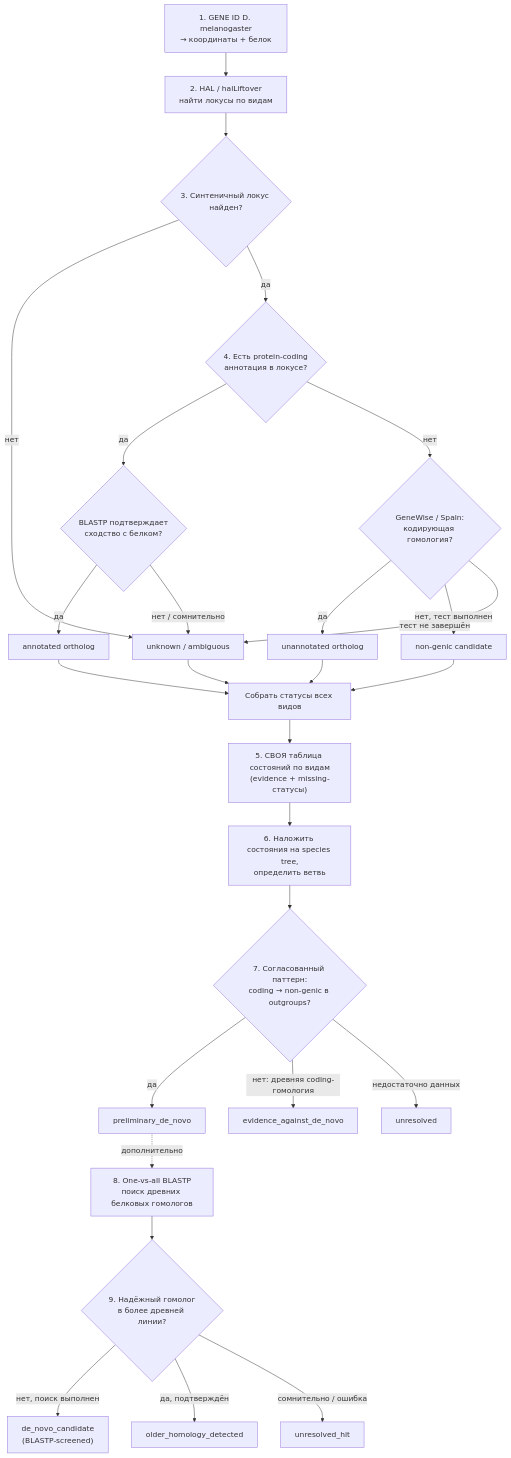
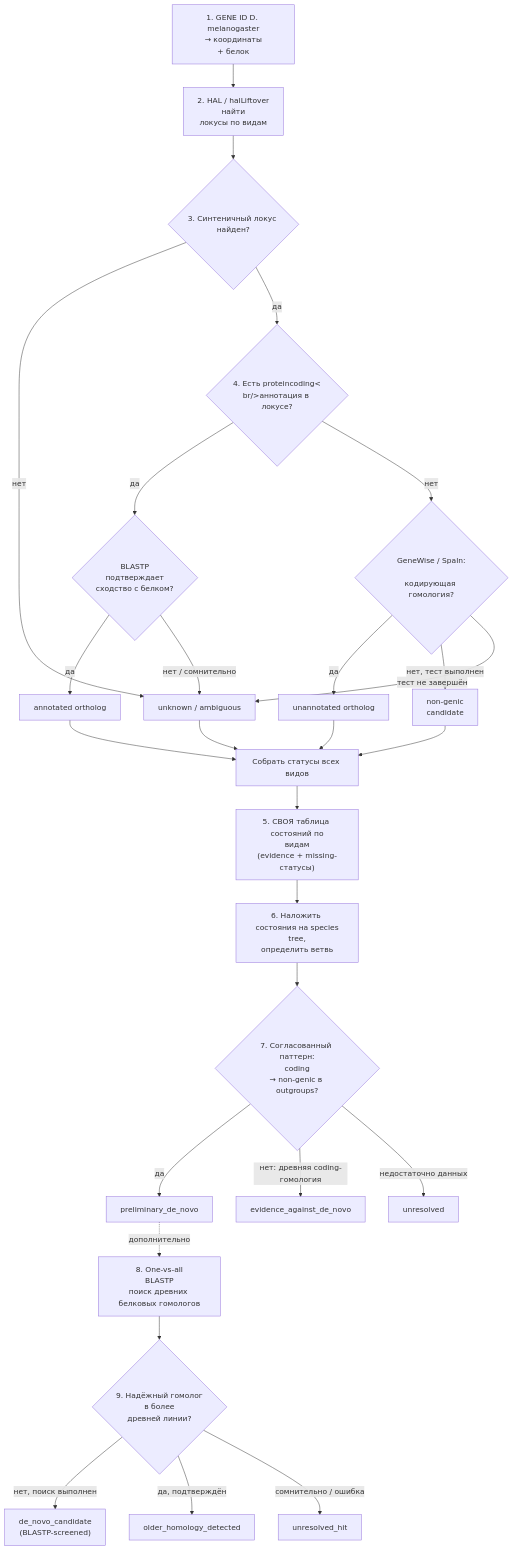
One commit to mojasvita/Synthesis changed the diagram in README.md. Above: the diagram before and after it, drawn with Mermaid. The commit also changed other lines of this file, not shown here.

````diff
--- a/README.md
+++ b/README.md
@@ -46,29 +86,44 @@
 ```mermaid
 flowchart TD
- A["1. GENE ID D. melanogaster<br/>→ координаты + белок"] --> B["2. HAL / halLiftover<br/>найти локусы по видам"]
- B --> C{"3. Синтеничный локус найден?"}
- C -- нет --> U["unknown / ambiguous"]
- C -- да --> D{"4. Есть protein-coding<br/>аннотация в локусе?"}
- D -- да --> E{"BLASTP подтверждает<br/>сходство с белком?"}
- D -- нет --> F{"GeneWise / Spaln:<br/>кодирующая гомология?"}
- E -- да --> AO["annotated ortholog"]
- E -- "нет / сомнительно" --> U
- F -- да --> UO["unannotated ortholog"]
- F -- "нет, тест выполнен" --> NG["non-genic candidate"]
- F -- "тест не завершён" --> U
- AO --> S["Собрать статусы всех видов"]
- UO --> S
- NG --> S
- U --> S
- S --> T5["5. СВОЯ таблица состояний по видам<br/>(evidence + missing-статусы)"]
- T5 --> T6["6. Наложить состояния на species tree,<br/>определить ветвь"]
- T6 --> G{"7. Согласованный паттерн:<br/>coding → non-genic в outgroups?"}
- G -- да --> P["preliminary_de_novo"]
- G -- "нет: древняя coding-гомология" --> X["evidence_against_de_novo"]
- G -- "недостаточно данных" --> R["unresolved"]
- P -. дополнительно .-> H["8. One-vs-all BLASTP<br/>поиск древних белковых гомологов"]
- H --> I{"9. Надёжный гомолог<br/>в более древней линии?"}
- I -- "нет, поиск выполнен" --> DN["de_novo_candidate<br/>(BLASTP-screened)"]
- I -- "да, подтверждён" --> OH["older_homology_detected"]
- I -- "сомнительно / ошибка" --> UH["unresolved_hit"]
+A["1. GENE ID D. melanogaster<br/>→ координаты
++ белок"] --> B["2. HAL / halLiftover<br/>найти
+локусы по видам"]
+B --> C{"3. Синтеничный локус найден?"}
+C -- нет --> U["unknown / ambiguous"]
+C -- да --> D{"4. Есть proteincoding<
+br/>аннотация в локусе?"}
+D -- да --> E{"BLASTP
+подтверждает<br/>сходство с белком?"}
+D -- нет --> F{"GeneWise / Spaln:
+<br/>кодирующая гомология?"}
+E -- да --> AO["annotated ortholog"]
+E -- "нет / сомнительно" --> U
+F -- да --> UO["unannotated ortholog"]
+F -- "нет, тест выполнен" --> NG["non-genic
+candidate"]
+F -- "тест не завершён" --> U
+AO --> S["Собрать статусы всех видов"]
+UO --> S
+NG --> S
+U --> S
+S --> T5["5. СВОЯ таблица состояний по
+видам<br/>(evidence + missing-статусы)"]
+T5 --> T6["6. Наложить состояния на species
+tree,<br/>определить ветвь"]
+T6 --> G{"7. Согласованный паттерн:<br/>coding
+→ non-genic в outgroups?"}
+G -- да --> P["preliminary_de_novo"]
+G -- "нет: древняя coding-гомология" -->
+X["evidence_against_de_novo"]
+G -- "недостаточно данных" --> R["unresolved"]
+P -. дополнительно .-> H["8. One-vs-all
+BLASTP<br/>поиск древних белковых гомологов"]
+H --> I{"9. Надёжный гомолог<br/>в более
+древней линии?"}
+I -- "нет, поиск выполнен" -->
+DN["de_novo_candidate<br/>(BLASTP-screened)"]
+I -- "да, подтверждён" -->
+OH["older_homology_detected"]
+I -- "сомнительно / ошибка" -->
+UH["unresolved_hit"]
 ```
````
